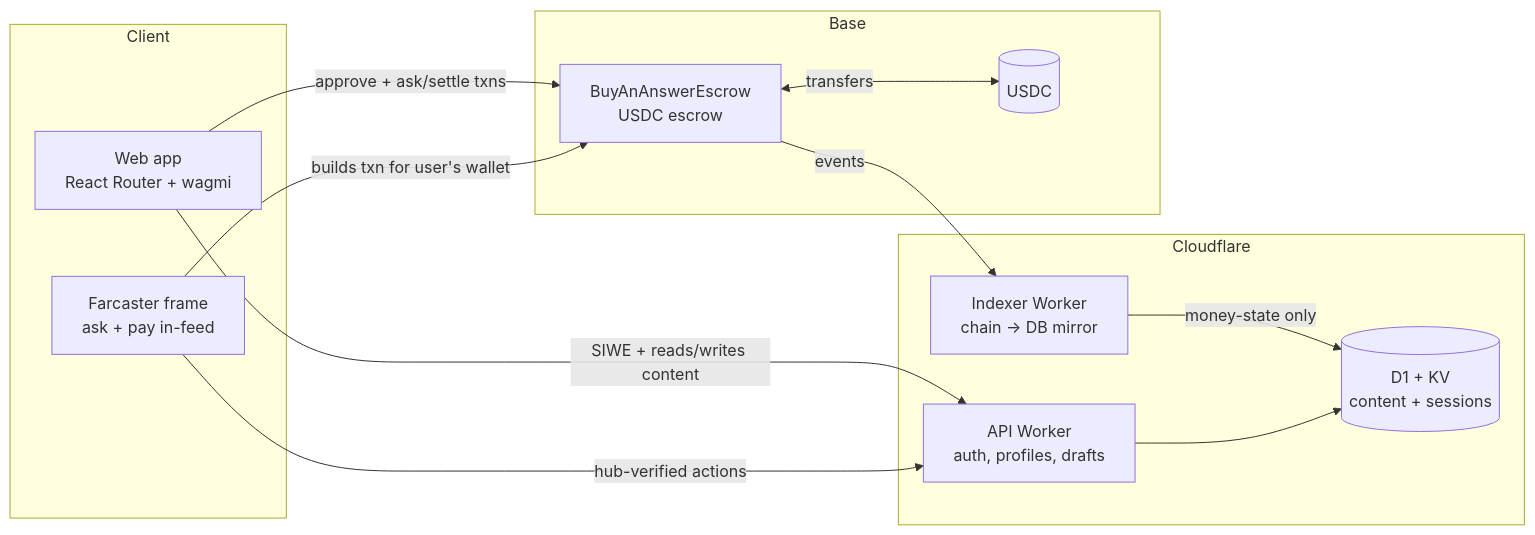
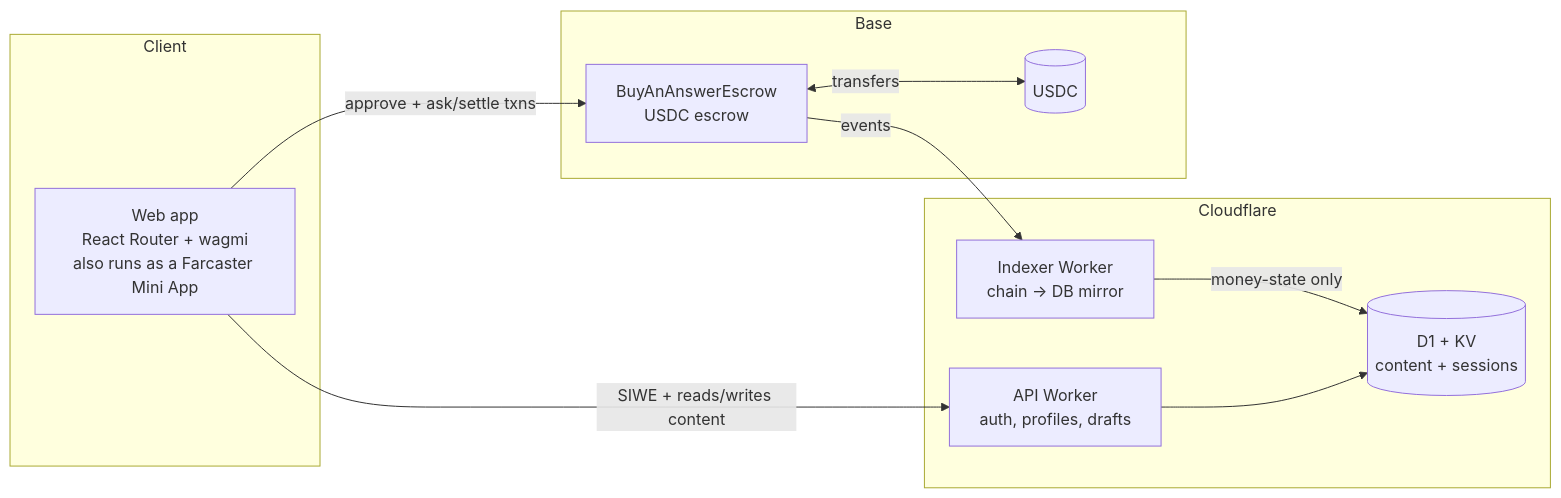
The diagram in ARCHITECTURE.md (buyananswer-base-eth/buyananswer), drawn with Mermaid before and after one commit. The commit also changed other lines of this file and 55 other files, not shown here.

````diff
--- a/ARCHITECTURE.md
+++ b/ARCHITECTURE.md
@@ -25,25 +25,22 @@
 ```mermaid
 flowchart LR
     subgraph Client
-      W[Web app<br/>React Router + wagmi]
-      F[Farcaster frame<br/>ask + pay in-feed]
+      W[Web app<br/>React Router + wagmi<br/>also runs as a Farcaster Mini App]
     end
     subgraph Cloudflare
       API[API Worker<br/>auth, profiles, drafts]
       IDX[Indexer Worker<br/>chain → DB mirror]
       DB[(D1 + KV<br/>content + sessions)]
     end
     subgraph Base
       ESC[BuyAnAnswerEscrow<br/>USDC escrow]
       USDC[(USDC)]
     end
 
     W -->|SIWE + reads/writes content| API
-    F -->|hub-verified actions| API
     W -->|approve + ask/settle txns| ESC
-    F -->|builds txn for user's wallet| ESC
     ESC <-->|transfers| USDC
     ESC -->|events| IDX
     IDX -->|money-state only| DB
     API --> DB
 ```
````
